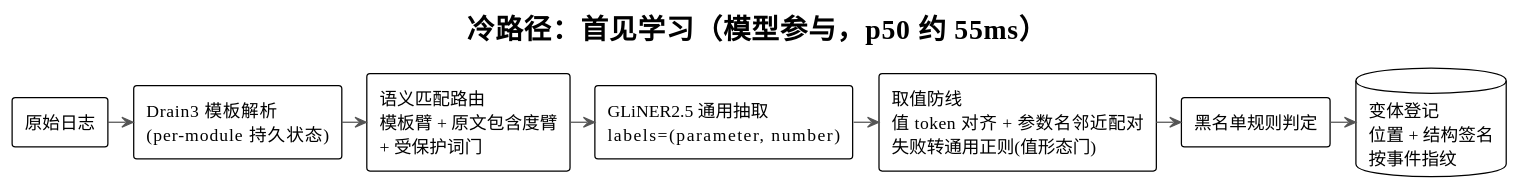
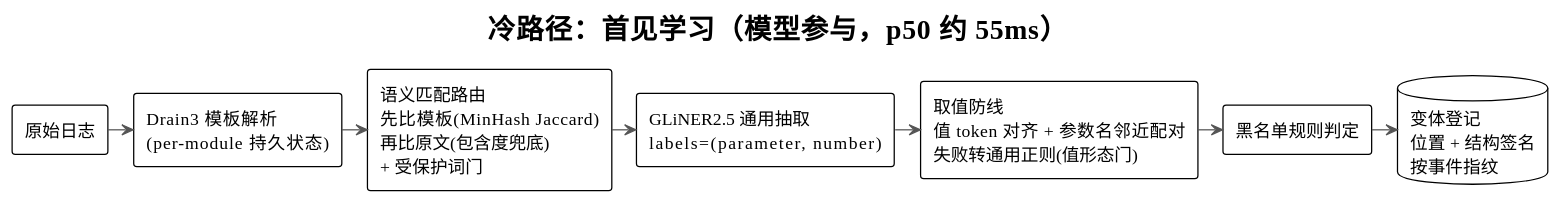
One commit to HouMonKy/TIG-PIPLUP changed the sixth of 14 diagrams in LogNet3.0方案设计与实现文档.md. Above: the diagram before and after it, drawn with PlantUML. The commit also changed other lines of this file, not shown here.

````diff
--- a/LogNet3.0方案设计与实现文档.md
+++ b/LogNet3.0方案设计与实现文档.md
@@ -579,26 +579,26 @@
 ```plantuml
 @startuml Parameter_Overview_Cold
 !theme plain
 skinparam shadowing false
 skinparam ArrowColor #555555
 skinparam nodesep 20
 skinparam ranksep 30
 
 title 冷路径：首见学习（模型参与，p50 约 55ms）
 
 rectangle "原始日志" as log
 rectangle "Drain3 模板解析\n(per-module 持久状态)" as drain
-rectangle "语义匹配路由\n模板臂 + 原文包含度臂\n+ 受保护词门" as match
+rectangle "语义匹配路由\n先比模板(MinHash Jaccard)\n再比原文(包含度兜底)\n+ 受保护词门" as match
 rectangle "GLiNER2.5 通用抽取\nlabels=(parameter, number)" as gliner
 rectangle "取值防线\n值 token 对齐 + 参数名邻近配对\n失败转通用正则(值形态门)" as guard
 rectangle "黑名单规则判定" as rule
 database "变体登记\n位置 + 结构签名\n按事件指纹" as reg
 
 log -right-> drain
 drain -right-> match
 match -right-> gliner
 gliner -right-> guard
 guard -right-> rule
 rule -right-> reg
 @enduml
 ```
````
